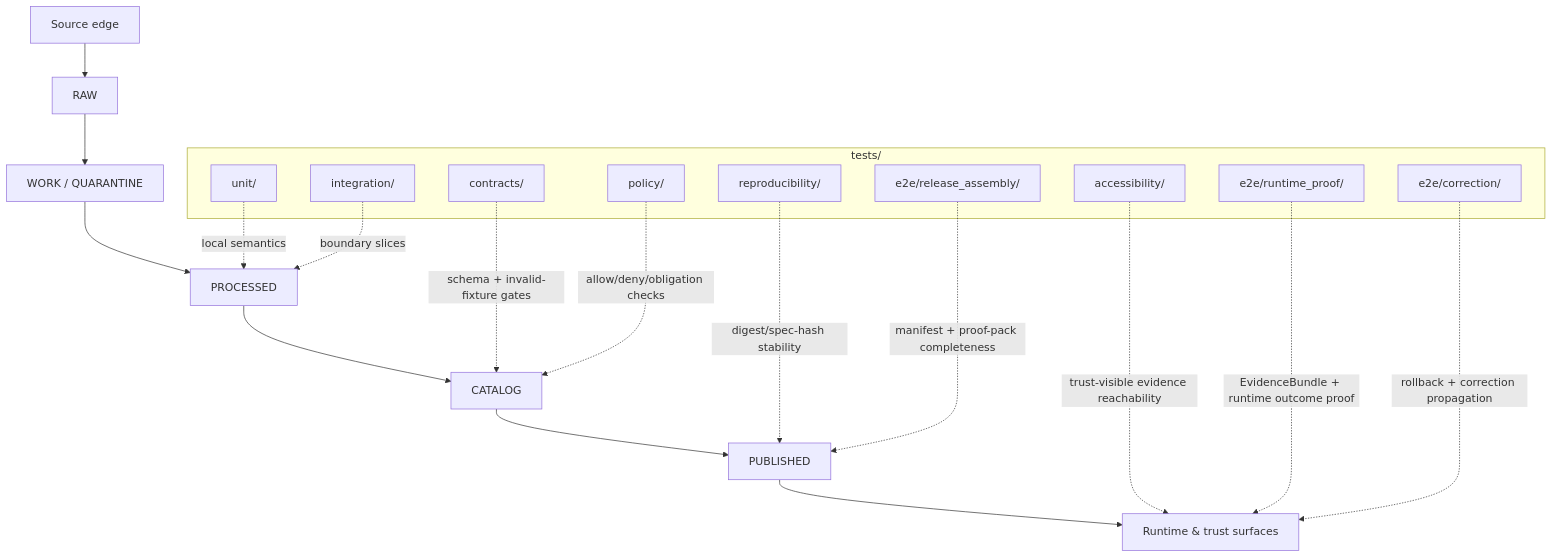
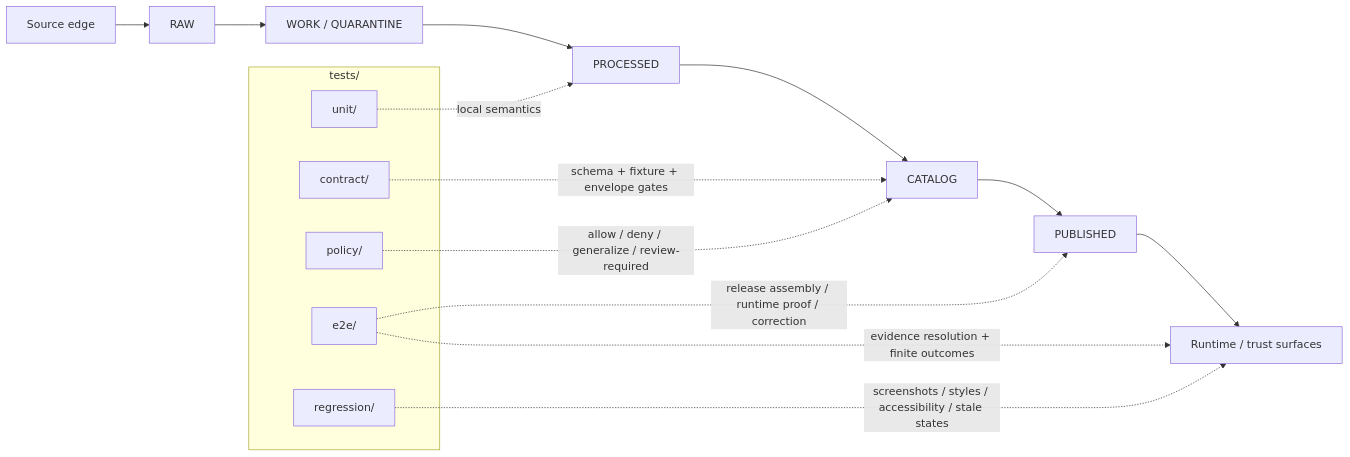
The diagram in tests/README.md (bartytime4life/Kansas-Frontier-Matrix), drawn with Mermaid before and after one commit. The commit also changed other lines of this file, not shown here.

````diff
--- a/tests/README.md
+++ b/tests/README.md
@@ -246,31 +252,24 @@
 ```mermaid
-flowchart TB
+flowchart LR
     SE["Source edge"] --> RAW["RAW"]
     RAW --> WQ["WORK / QUARANTINE"]
     WQ --> PROC["PROCESSED"]
     PROC --> CAT["CATALOG"]
     CAT --> PUB["PUBLISHED"]
-    PUB --> RT["Runtime & trust surfaces"]
+    PUB --> RT["Runtime / trust surfaces"]
 
     subgraph T["tests/"]
       U["unit/"]
-      I["integration/"]
-      C["contracts/"]
+      C["contract/"]
       P["policy/"]
-      AX["accessibility/"]
-      R["reproducibility/"]
-      RA["e2e/release_assembly/"]
-      RP["e2e/runtime_proof/"]
-      CR["e2e/correction/"]
+      E["e2e/"]
+      R["regression/"]
     end
 
     U -. local semantics .-> PROC
-    I -. boundary slices .-> PROC
-    C -. schema + invalid-fixture gates .-> CAT
-    P -. allow/deny/obligation checks .-> CAT
-    AX -. trust-visible evidence reachability .-> RT
-    R -. digest/spec-hash stability .-> PUB
-    RA -. manifest + proof-pack completeness .-> PUB
-    RP -. EvidenceBundle + runtime outcome proof .-> RT
-    CR -. rollback + correction propagation .-> RT
+    C -. schema + fixture + envelope gates .-> CAT
+    P -. allow / deny / generalize / review-required .-> CAT
+    E -. release assembly / runtime proof / correction .-> PUB
+    E -. evidence resolution + finite outcomes .-> RT
+    R -. screenshots / styles / accessibility / stale states .-> RT
 ```
````
